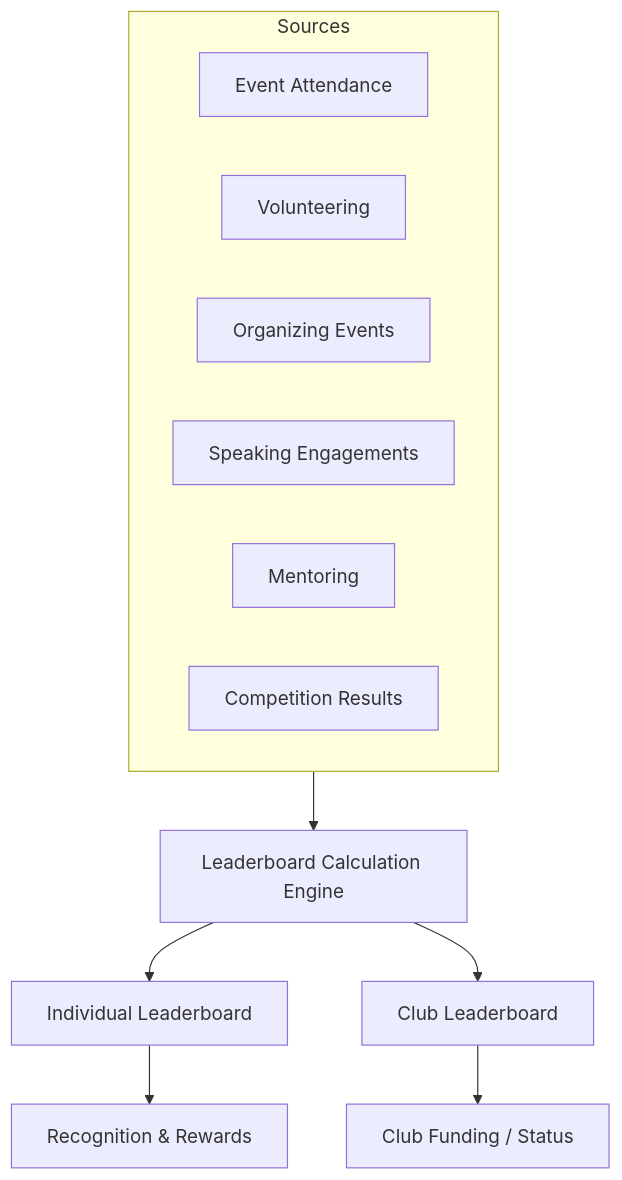
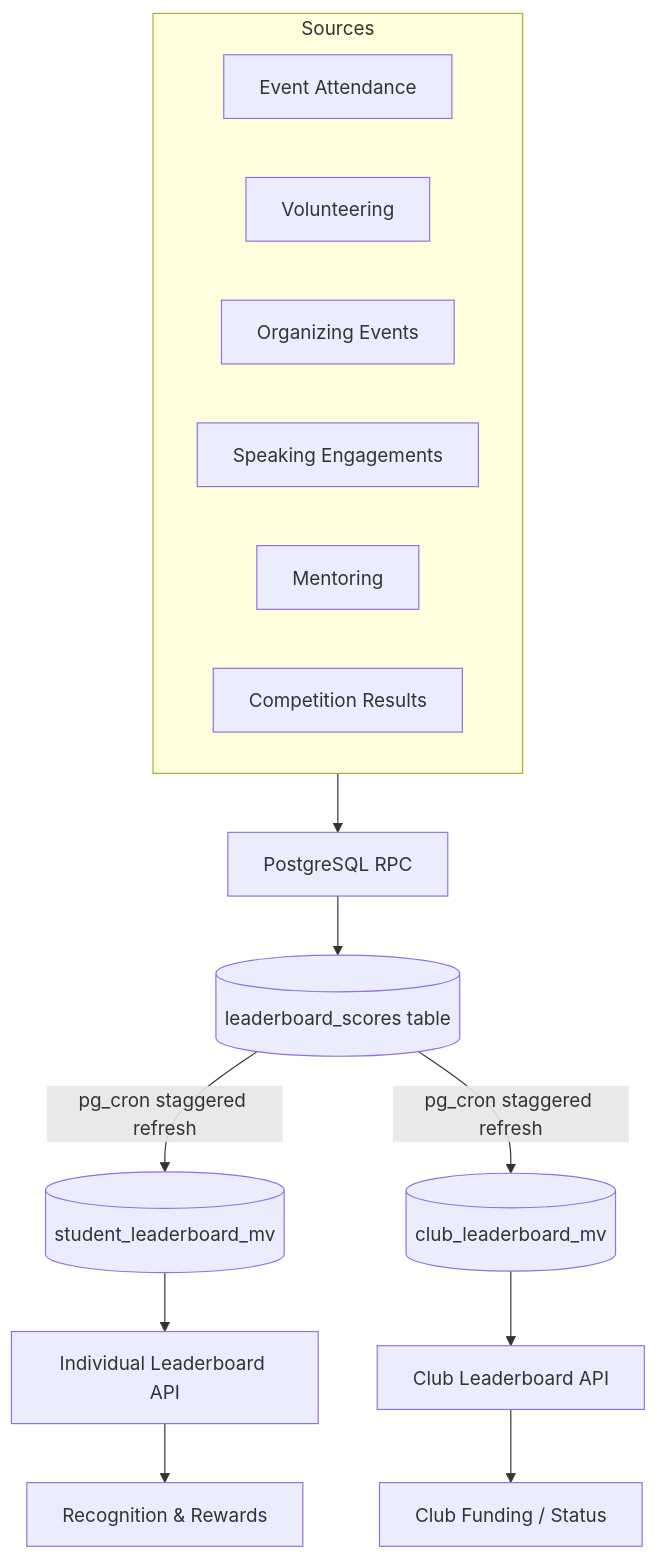
The diagram in docs/diagrams/10-leaderboard-architecture.md (sohamdhande/nst-events-docs), drawn with Mermaid before and after one commit. The commit also changed 4 other files, not shown here.

Commit message:
docs: reconcile diagrams with frozen v1 architecture

````diff
--- a/docs/diagrams/10-leaderboard-architecture.md
+++ b/docs/diagrams/10-leaderboard-architecture.md
@@ -5,19 +5,23 @@
 ```mermaid
 graph TD
     subgraph Sources
         Attendance[Event Attendance]
         Volunteer[Volunteering]
         Organizer[Organizing Events]
         Speaker[Speaking Engagements]
         Mentor[Mentoring]
         Competition[Competition Results]
     end
     
-    Sources --> Calculation[Leaderboard Calculation Engine]
+    Sources --> RPC[PostgreSQL RPC]
+    RPC --> ScoresTable[(leaderboard_scores table)]
     
-    Calculation --> Individual[Individual Leaderboard]
-    Calculation --> Club[Club Leaderboard]
+    ScoresTable -->|pg_cron staggered refresh| IndivMV[(student_leaderboard_mv)]
+    ScoresTable -->|pg_cron staggered refresh| ClubMV[(club_leaderboard_mv)]
+    
+    IndivMV --> Individual[Individual Leaderboard API]
+    ClubMV --> Club[Club Leaderboard API]
     
     Individual --> Rewards[Recognition & Rewards]
     Club --> Funding[Club Funding / Status]
 ```
````
